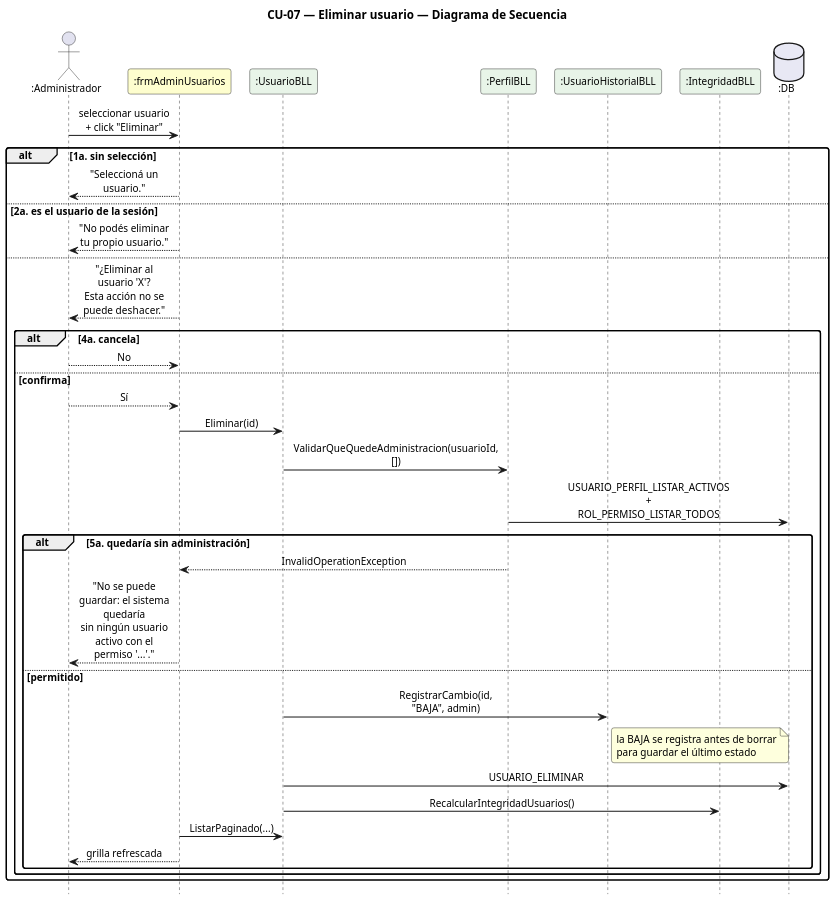
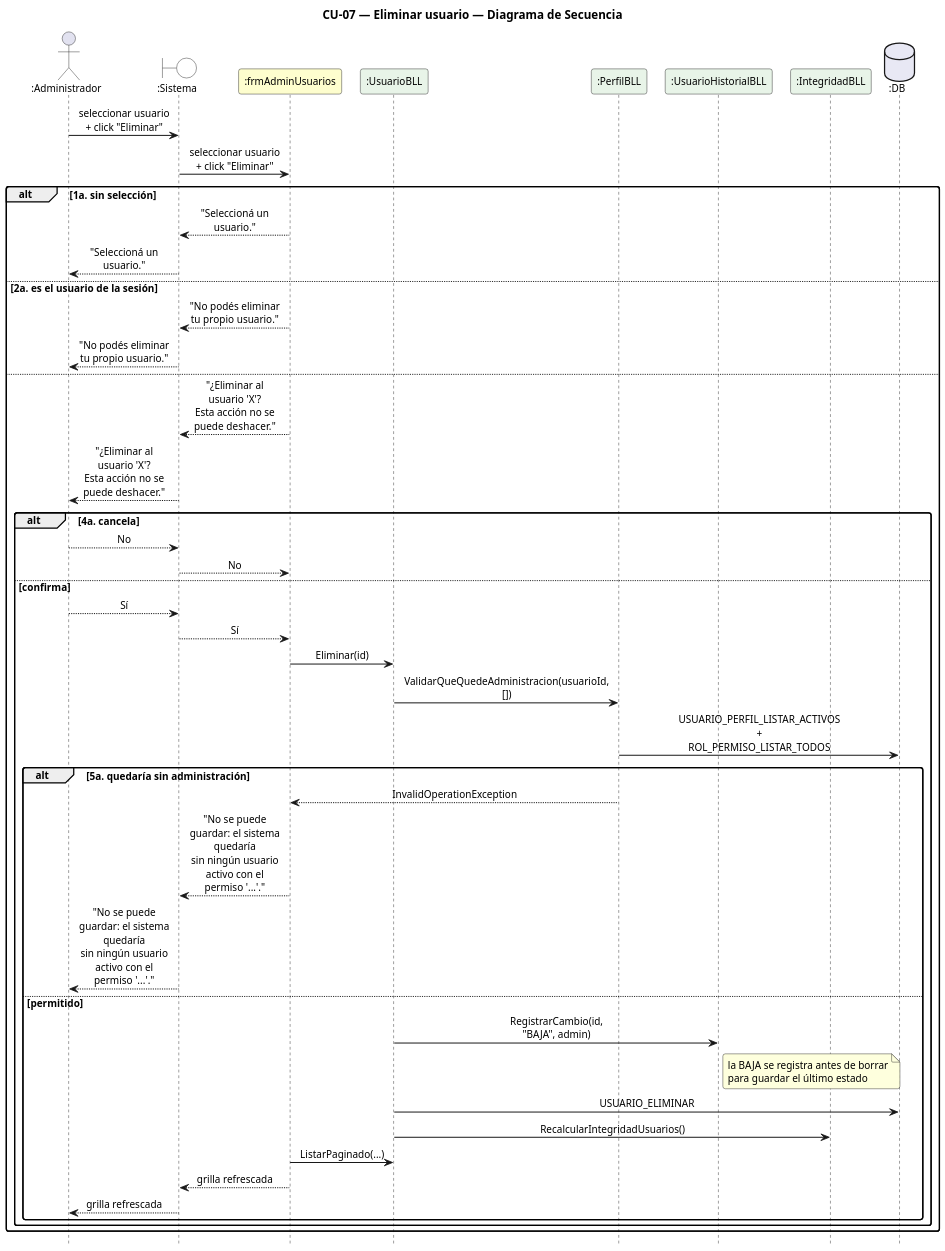
One commit to Urrels/ingenieria_software changed the diagram in DIAGRAMAS/DiagramaSecuencia_CU07_EliminarUsuario.puml. Above: the diagram before and after it, drawn with PlantUML. The commit also changed 78 other files, not shown here.

First line of the commit message:
Diagramas de secuencia: carril :Sistema entre el actor y las clases

```diff
--- a/DIAGRAMAS/DiagramaSecuencia_CU07_EliminarUsuario.puml
+++ b/DIAGRAMAS/DiagramaSecuencia_CU07_EliminarUsuario.puml
@@ -1,52 +1,61 @@
 @startuml DiagramaSecuencia_CU07_EliminarUsuario
 
 title CU-07 — Eliminar usuario — Diagrama de Secuencia
 
 skinparam shadowing false
 skinparam roundcorner 6
 skinparam sequenceArrowThickness 1.2
 skinparam ParticipantPadding 6
 skinparam BoxPadding 4
 skinparam maxMessageSize 115
 skinparam sequenceMessageAlign center
 skinparam defaultFontSize 12
 skinparam dpi 140
 hide footbox
 
 actor ":Administrador" as A
+boundary ":Sistema" as SYS #FFFFFF
 participant ":frmAdminUsuarios" as F #FEFECE
 participant ":UsuarioBLL" as B #E8F4E8
 participant ":PerfilBLL" as PB #E8F4E8
 participant ":UsuarioHistorialBLL" as HB #E8F4E8
 participant ":IntegridadBLL" as I #E8F4E8
 database ":DB" as DB #E8E8F4
 
-A -> F : seleccionar usuario + click "Eliminar"
+A -> SYS : seleccionar usuario + click "Eliminar"
+SYS -> F : seleccionar usuario + click "Eliminar"
 alt 1a. sin selección
-  F --> A : "Seleccioná un usuario."
+  F --> SYS : "Seleccioná un usuario."
+  SYS --> A : "Seleccioná un usuario."
 else 2a. es el usuario de la sesión
-  F --> A : "No podés eliminar tu propio usuario."
+  F --> SYS : "No podés eliminar tu propio usuario."
+  SYS --> A : "No podés eliminar tu propio usuario."
 else
-  F --> A : "¿Eliminar al usuario 'X'?\nEsta acción no se puede deshacer."
+  F --> SYS : "¿Eliminar al usuario 'X'?\nEsta acción no se puede deshacer."
+  SYS --> A : "¿Eliminar al usuario 'X'?\nEsta acción no se puede deshacer."
   alt 4a. cancela
-    A --> F : No
+    A --> SYS : No
+    SYS --> F : No
   else confirma
-    A --> F : Sí
+    A --> SYS : Sí
+    SYS --> F : Sí
     F -> B : Eliminar(id)
     B -> PB : ValidarQueQuedeAdministracion(usuarioId, [])
     PB -> DB : USUARIO_PERFIL_LISTAR_ACTIVOS\n+ ROL_PERMISO_LISTAR_TODOS
     alt 5a. quedaría sin administración
       PB --> F : InvalidOperationException
-      F --> A : "No se puede guardar: el sistema quedaría\nsin ningún usuario activo con el permiso '...'."
+      F --> SYS : "No se puede guardar: el sistema quedaría\nsin ningún usuario activo con el permiso '...'."
+      SYS --> A : "No se puede guardar: el sistema quedaría\nsin ningún usuario activo con el permiso '...'."
     else permitido
       B -> HB : RegistrarCambio(id, "BAJA", admin)
       note right of HB : la BAJA se registra antes de borrar\npara guardar el último estado
       B -> DB : USUARIO_ELIMINAR
       B -> I : RecalcularIntegridadUsuarios()
       F -> B : ListarPaginado(...)
-      F --> A : grilla refrescada
+      F --> SYS : grilla refrescada
+      SYS --> A : grilla refrescada
     end
   end
 end
 
 @enduml
```
